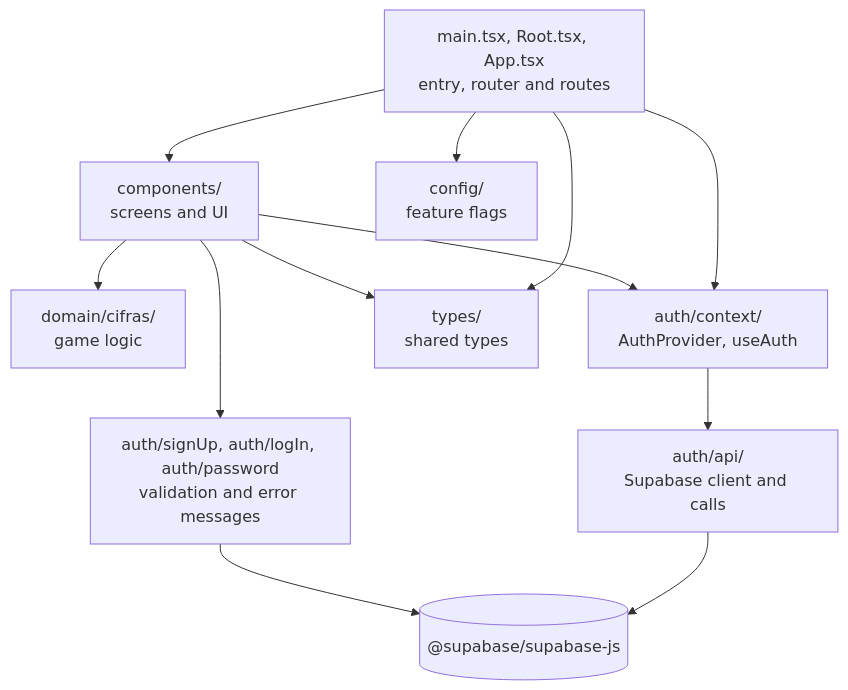
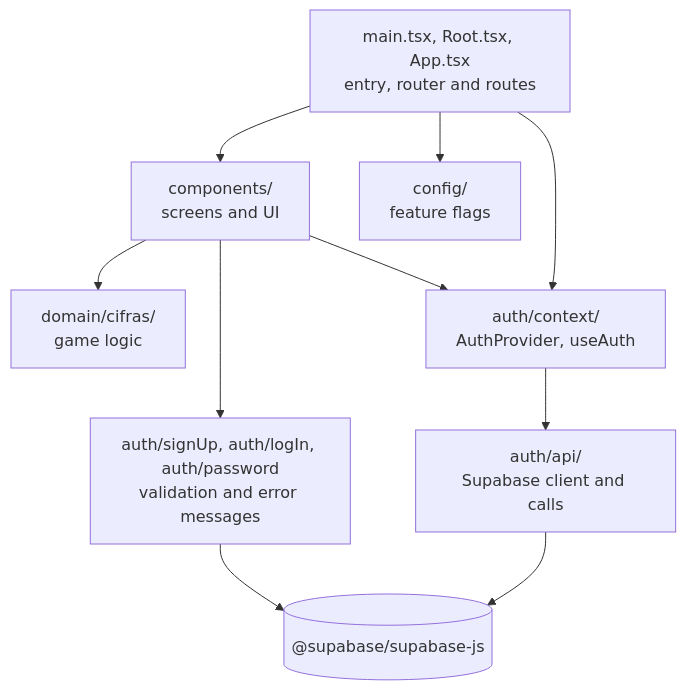
The second of 2 diagrams in docs/architecture.md (MatiCoding/calculetra), drawn with Mermaid before and after one commit. The commit also changed other lines of this file and 1 other file, not shown here.

````diff
--- a/docs/architecture.md
+++ b/docs/architecture.md
@@ -55,24 +55,21 @@
 ```mermaid
 flowchart TD
     entry["main.tsx, Root.tsx, App.tsx<br/>entry, router and routes"]
     components["components/<br/>screens and UI"]
     domain["domain/cifras/<br/>game logic"]
     authContext["auth/context/<br/>AuthProvider, useAuth"]
     authForms["auth/signUp, auth/logIn, auth/password<br/>validation and error messages"]
     authApi["auth/api/<br/>Supabase client and calls"]
     config["config/<br/>feature flags"]
-    types["types/<br/>shared types"]
     supabaseLib[("@supabase/supabase-js")]
 
     entry --> components
     entry --> authContext
     entry --> config
-    entry --> types
     components --> domain
     components --> authContext
     components --> authForms
-    components --> types
     authContext --> authApi
     authApi --> supabaseLib
     authForms --> supabaseLib
 ```
````
